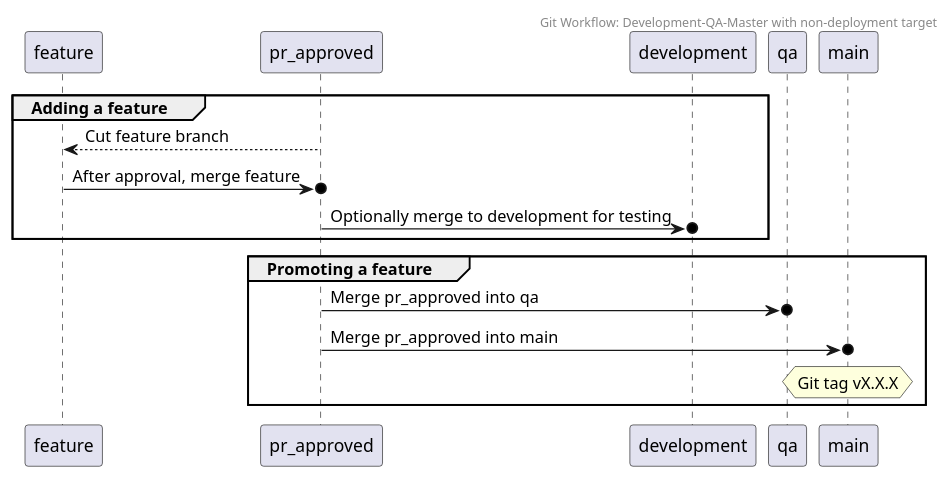
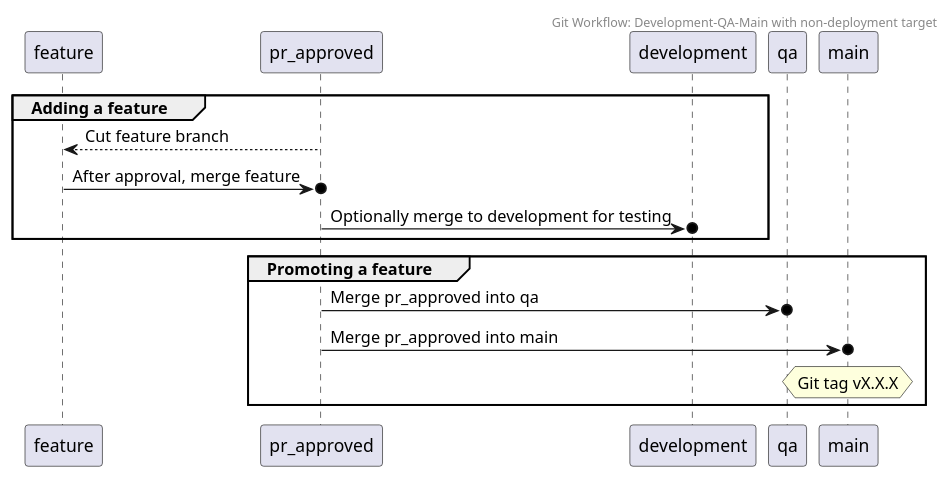
Before and after one commit to NYPL/engineering-general: the diagram in standards/assets/git-workflow-development-qa-main-with-non-deployment-target.plantuml, drawn with PlantUML. The commit also changed 9 other files, not shown here.

```diff
--- a/standards/assets/git-workflow-development-qa-main-with-non-deployment-target.plantuml
+++ b/standards/assets/git-workflow-development-qa-main-with-non-deployment-target.plantuml
@@ -1,21 +1,21 @@
 @startuml
 
-Header Git Workflow: Development-QA-Master with non-deployment target
+Header Git Workflow: Development-QA-Main with non-deployment target
 
 group Adding a feature
 
   feature <-- pr_approved: Cut feature branch
   feature ->o pr_approved: After approval, merge feature
   pr_approved ->o development: Optionally merge to development for testing
    
 end
 
 group Promoting a feature
 
   pr_approved ->o qa: Merge pr_approved into qa
   pr_approved ->o main : Merge pr_approved into main
   hnote over main: Git tag vX.X.X
 
 end
 
 @enduml
```
